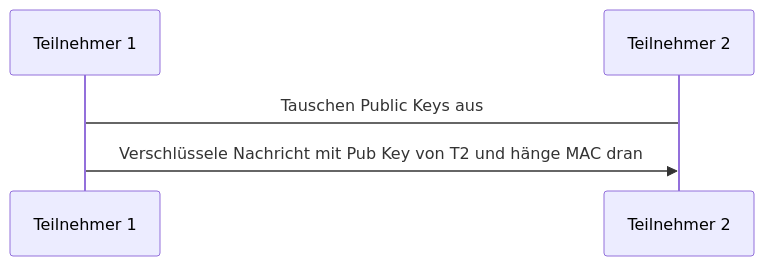
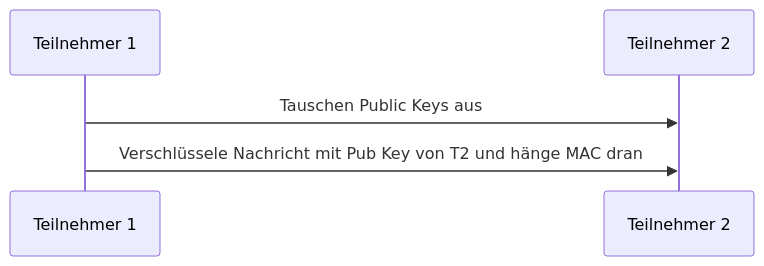
One commit to DavidHsl/Vorbereitung changed the second of 4 diagrams in DOCS/ITS-2/Verschlüsselung.md. Above: the diagram before and after it, drawn with Mermaid. The commit also changed other lines of this file, not shown here.

````diff
--- a/DOCS/ITS-2/Verschlüsselung.md
+++ b/DOCS/ITS-2/Verschlüsselung.md
@@ -23,5 +23,5 @@
 ```mermaid
 sequenceDiagram
-Teilnehmer 1 -> Teilnehmer 2: Tauschen Public Keys aus
+Teilnehmer 1 ->> Teilnehmer 2: Tauschen Public Keys aus
 Teilnehmer 1 ->> Teilnehmer 2: Verschlüssele Nachricht mit Pub Key von T2 und hänge MAC dran
 ```
````
